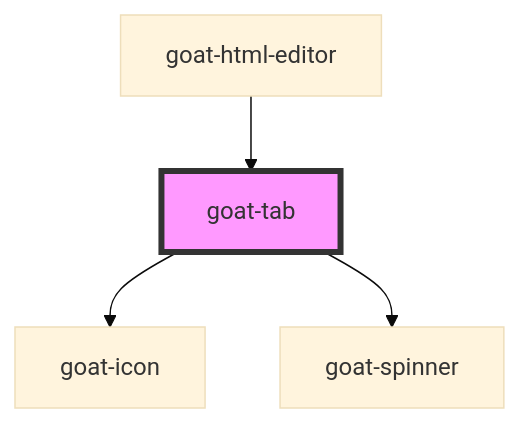
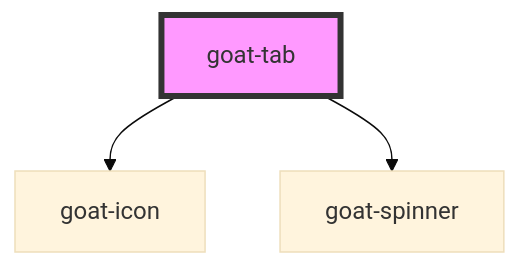
The diagram in src/components/tabs/tab/readme.md (goatui/components), drawn with Mermaid (base theme) before and after one commit. The commit also changed other lines of this file and 29 other files, not shown here.

First line of the commit message:
59 html editor (#68)

````diff
--- a/src/components/tabs/tab/readme.md
+++ b/src/components/tabs/tab/readme.md
@@ -65,7 +61,6 @@
 ```mermaid
 graph TD;
   goat-tab --> goat-icon
   goat-tab --> goat-spinner
-  goat-html-editor --> goat-tab
   style goat-tab fill:#f9f,stroke:#333,stroke-width:4px
 ```
````
